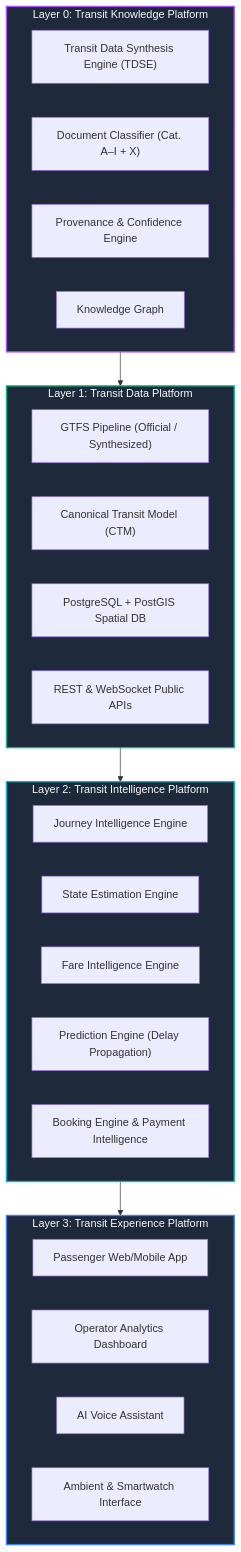
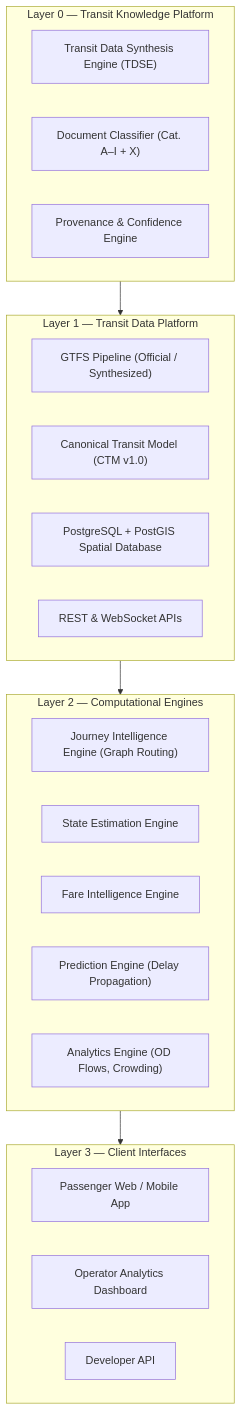
One commit to Gautam2665/MetroRadar changed the diagram in ROADMAP.md. Above: the diagram before and after it, drawn with Mermaid. The commit also changed other lines of this file and 13 other files, not shown here.

````diff
--- a/ROADMAP.md
+++ b/ROADMAP.md
@@ -11,40 +11,33 @@
 ```mermaid
 graph TD
-    subgraph Layer3["Layer 3: Transit Experience Platform"]
-        A["Passenger Web/Mobile App"]
+    subgraph Layer3["Layer 3 — Client Interfaces"]
+        A["Passenger Web / Mobile App"]
         B["Operator Analytics Dashboard"]
-        C["AI Voice Assistant"]
-        D["Ambient & Smartwatch Interface"]
+        C["Developer API"]
     end
 
-    subgraph Layer2["Layer 2: Transit Intelligence Platform"]
-        E["Journey Intelligence Engine"]
+    subgraph Layer2["Layer 2 — Computational Engines"]
+        E["Journey Intelligence Engine (Graph Routing)"]
         SE["State Estimation Engine"]
         F["Fare Intelligence Engine"]
         G["Prediction Engine (Delay Propagation)"]
-        H["Booking Engine & Payment Intelligence"]
+        H["Analytics Engine (OD Flows, Crowding)"]
     end
 
-    subgraph Layer1["Layer 1: Transit Data Platform"]
+    subgraph Layer1["Layer 1 — Transit Data Platform"]
         I["GTFS Pipeline (Official / Synthesized)"]
-        J["Canonical Transit Model (CTM)"]
-        K["PostgreSQL + PostGIS Spatial DB"]
-        L["REST & WebSocket Public APIs"]
+        J["Canonical Transit Model (CTM v1.0)"]
+        K["PostgreSQL + PostGIS Spatial Database"]
+        L["REST & WebSocket APIs"]
     end
 
-    subgraph Layer0["Layer 0: Transit Knowledge Platform"]
+    subgraph Layer0["Layer 0 — Transit Knowledge Platform"]
         TDSE["Transit Data Synthesis Engine (TDSE)"]
         DC["Document Classifier (Cat. A–I + X)"]
         PV["Provenance & Confidence Engine"]
-        KG["Knowledge Graph"]
     end
 
     Layer0 --> Layer1
     Layer1 --> Layer2
     Layer2 --> Layer3
-
-    style Layer0 fill:#1e293b,stroke:#a855f7,stroke-width:2px,color:#f8fafc
-    style Layer1 fill:#1e293b,stroke:#10b981,stroke-width:2px,color:#f8fafc
-    style Layer2 fill:#1e293b,stroke:#06b6d4,stroke-width:2px,color:#f8fafc
-    style Layer3 fill:#1e293b,stroke:#3b82f6,stroke-width:2px,color:#f8fafc
 ```
````
